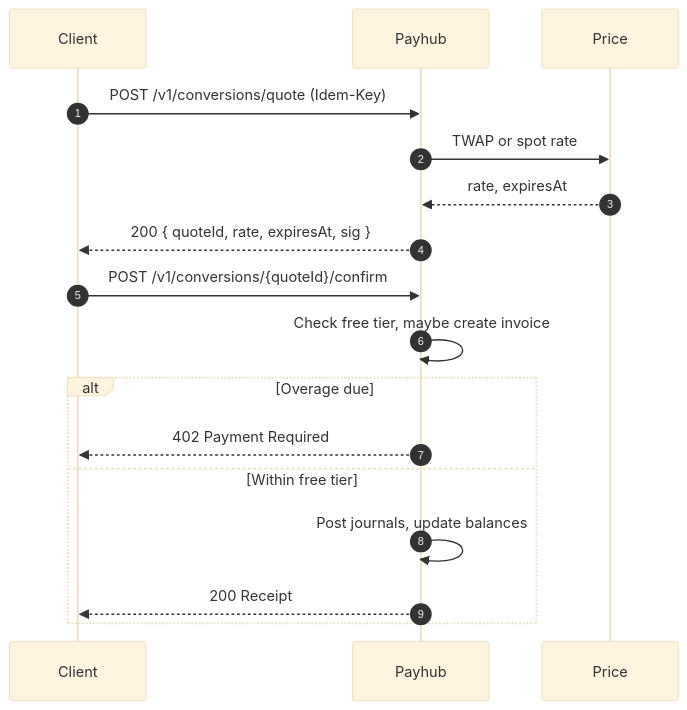
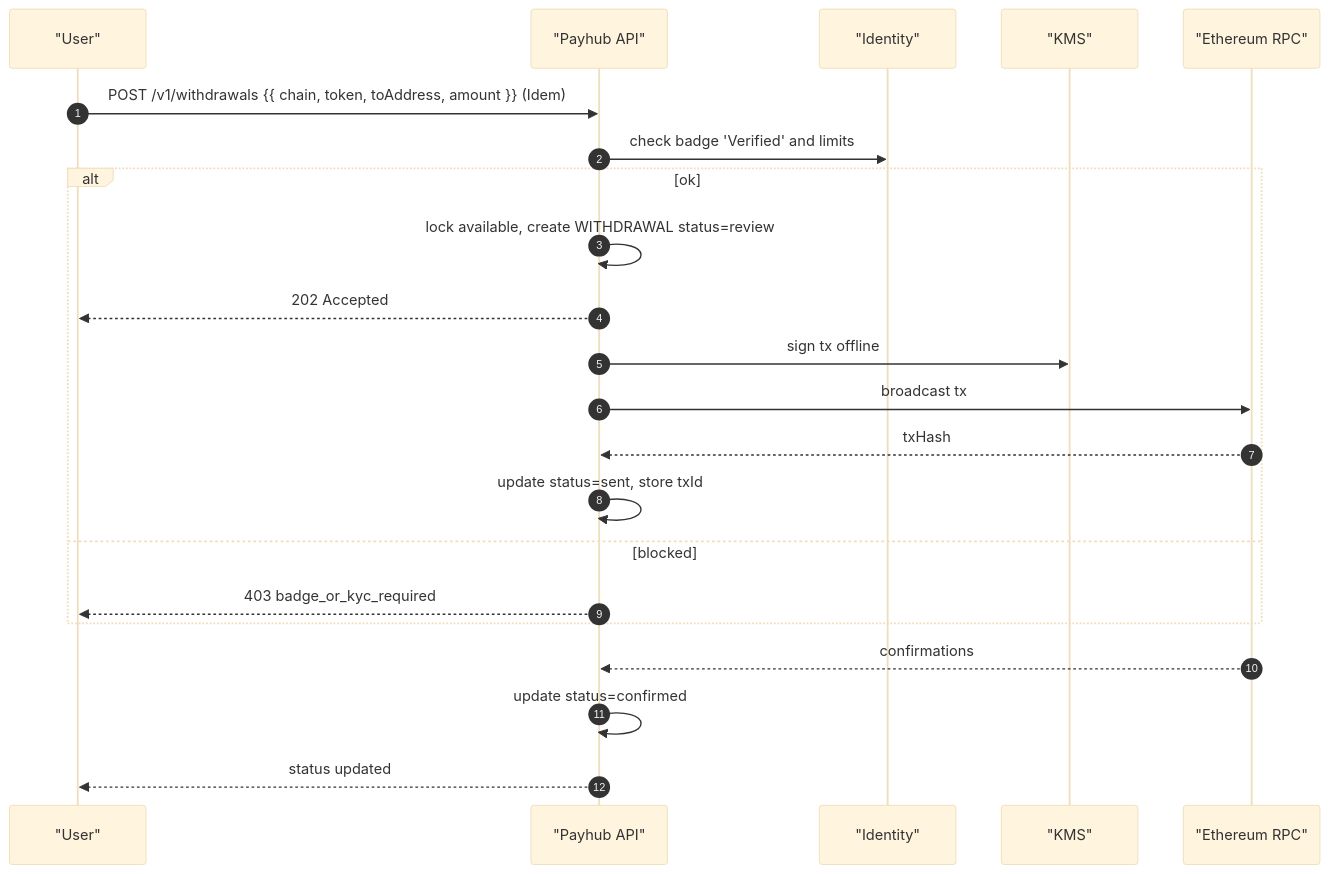
Before and after one commit to fuzeac/fuze-telegram-mini-app: the third of 5 diagrams in miniapp-payhub-service.md, drawn with Mermaid (base theme). The commit also changed other lines of this file, not shown here.

````diff
--- a/miniapp-payhub-service.md
+++ b/miniapp-payhub-service.md
@@ -128,20 +147,24 @@
 ```mermaid
 sequenceDiagram
   autonumber
-  participant UI as Client
-  participant PAY as Payhub
-  participant PRC as Price
-
-  UI->>PAY: POST /v1/conversions/quote (Idem-Key)
-  PAY->>PRC: TWAP or spot rate
-  PRC-->>PAY: rate, expiresAt
-  PAY-->>UI: 200 { quoteId, rate, expiresAt, sig }
-  UI->>PAY: POST /v1/conversions/{quoteId}/confirm
-  PAY->>PAY: Check free tier, maybe create invoice
-  alt Overage due
-    PAY-->>UI: 402 Payment Required
-  else Within free tier
-    PAY->>PAY: Post journals, update balances
-    PAY-->>UI: 200 Receipt
+  participant U as "User"
+  participant PH as "Payhub API"
+  participant ID as "Identity"
+  participant K as "KMS"
+  participant CH as "Ethereum RPC"
+  U->>PH: POST /v1/withdrawals {{ chain, token, toAddress, amount }} (Idem)
+  PH->>ID: check badge 'Verified' and limits
+  alt ok
+    PH->>PH: lock available, create WITHDRAWAL status=review
+    PH-->>U: 202 Accepted
+    PH->>K: sign tx offline
+    PH->>CH: broadcast tx
+    CH-->>PH: txHash
+    PH->>PH: update status=sent, store txId
+  else blocked
+    PH-->>U: 403 badge_or_kyc_required
   end
+  CH-->>PH: confirmations
+  PH->>PH: update status=confirmed
+  PH-->>U: status updated
 ```
````
